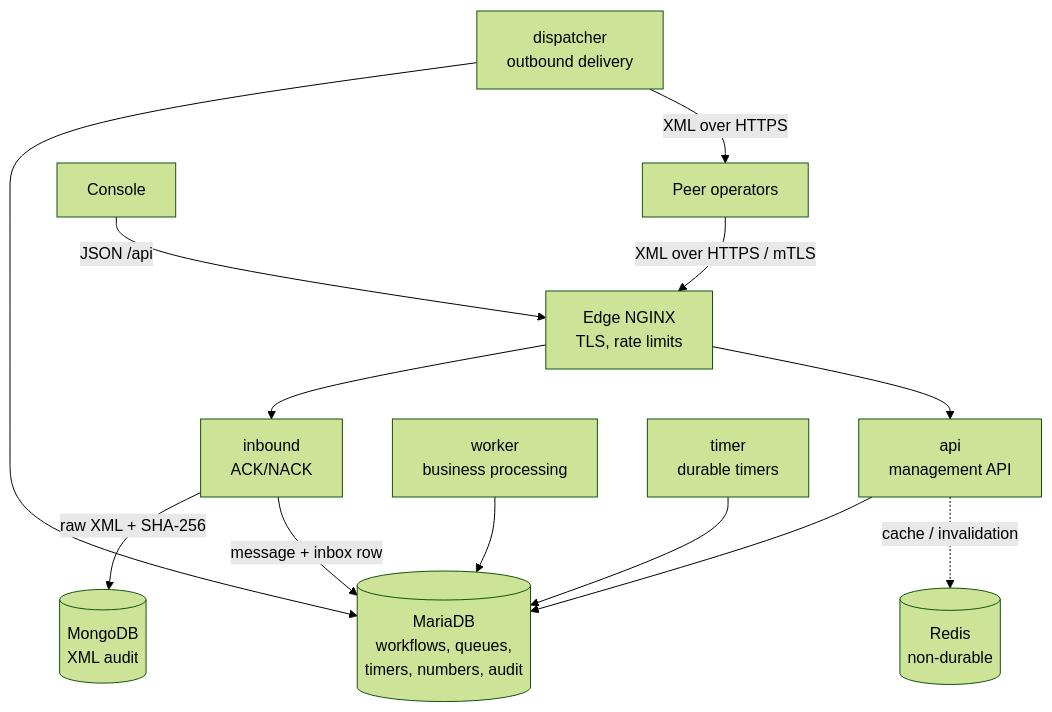
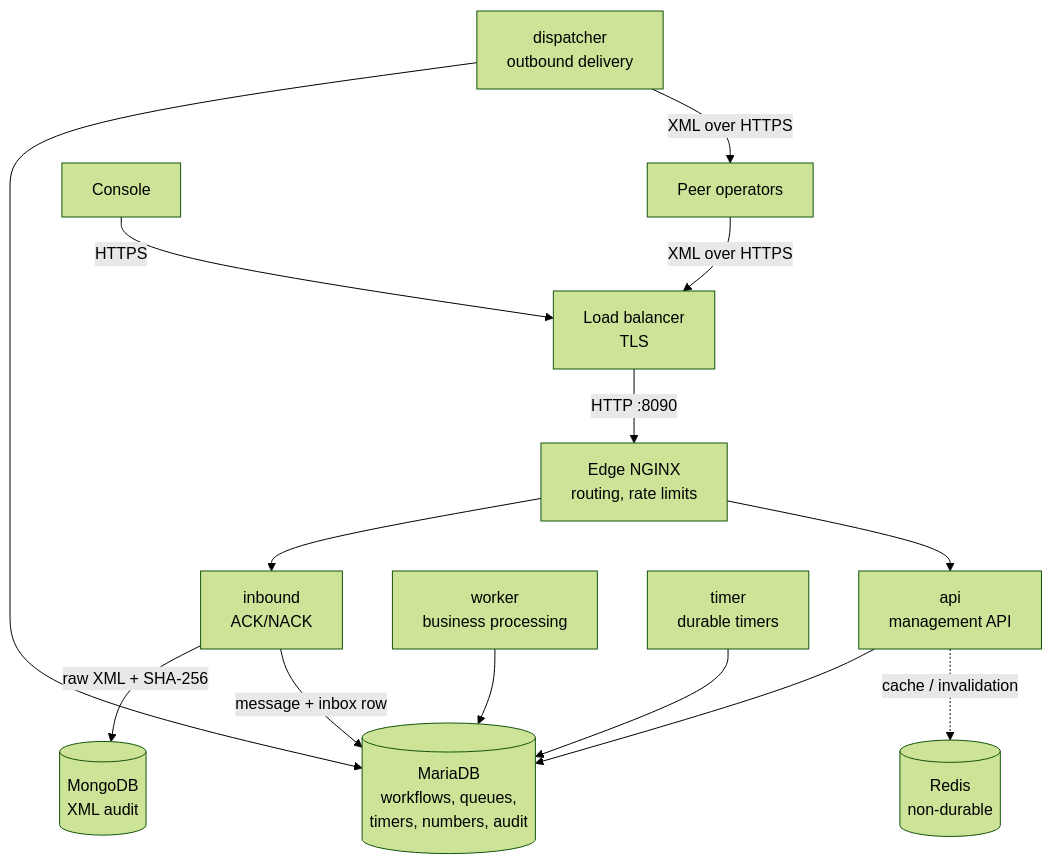
Before and after one commit to greenfieldtech-nirs/npg: the diagram in README.md, drawn with Mermaid (forest theme). The commit also changed other lines of this file and 6 other files, not shown here.

First line of the commit message:
feat(ops): production NGINX serves everything on port 8090 behind the load balancer

````diff
--- a/README.md
+++ b/README.md
@@ -71,15 +72,16 @@
 ```mermaid
 flowchart TD
-    OP[Peer operators] -->|XML over HTTPS / mTLS| NGINX[Edge NGINX<br/>TLS, rate limits]
-    UI[Console] -->|JSON /api| NGINX
+    OP[Peer operators] -->|XML over HTTPS| LB[Load balancer<br/>TLS]
+    UI[Console] -->|HTTPS| LB
+    LB -->|HTTP :8090| NGINX[Edge NGINX<br/>routing, rate limits]
     NGINX --> IN[inbound<br/>ACK/NACK]
     NGINX --> API[api<br/>management API]
     IN -->|raw XML + SHA-256| MONGO[(MongoDB<br/>XML audit)]
     IN -->|message + inbox row| DB[(MariaDB<br/>workflows, queues,<br/>timers, numbers, audit)]
     WRK[worker<br/>business processing] --> DB
     TMR[timer<br/>durable timers] --> DB
     DSP[dispatcher<br/>outbound delivery] --> DB
     DSP -->|XML over HTTPS| OP
     API --> DB
     API -.->|cache / invalidation| REDIS[(Redis<br/>non-durable)]
 ```
````
